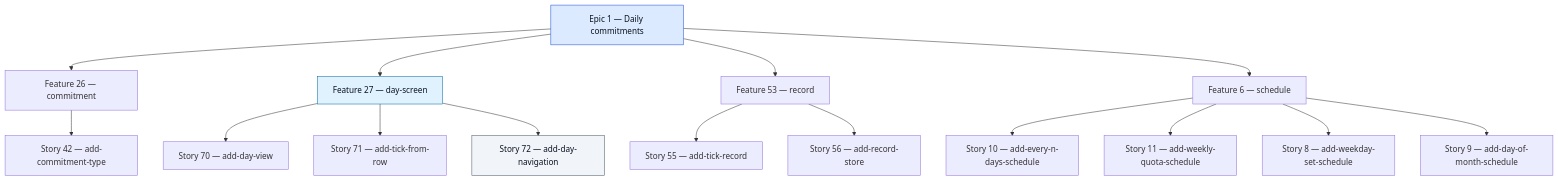
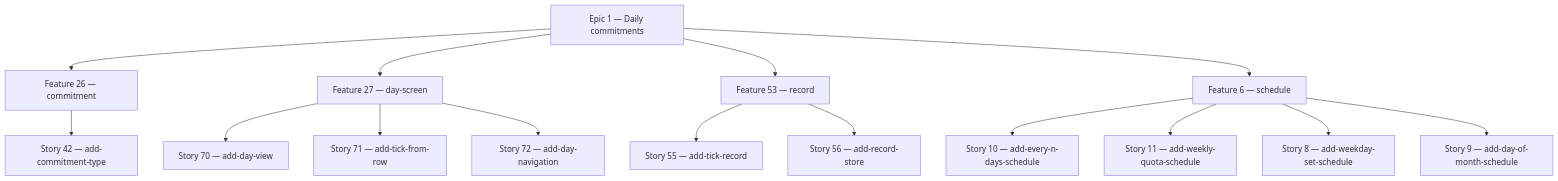
Before and after one commit to dbugmann-labs/daybyday: the diagram in docs/graph.mmd, drawn with Mermaid.

Commit message:
chore: regenerate the issue graph (#87)
Epic 1 and Feature 27 are now closed.

```diff
--- a/docs/graph.mmd
+++ b/docs/graph.mmd
@@ -1,60 +1,60 @@
 %% GENERATED FILE — do not edit. Run `pnpm run graph` to refresh.
 %% A read-only projection of the Epic → Feature → Story hierarchy in GitHub Issues.
 %% GitHub owns this state; this file only shows it (docs/adr/0002-systems-of-record.md).
 %% Green border: closed. Amber border: every child is closed, so this one is ready to close.
 %% Dashed red border: typed but no parent — a broken tracker edge.
 
 flowchart TD
   classDef epic fill:#dbeafe,stroke:#1d4ed8,color:#0b1220
   classDef feature fill:#e0f2fe,stroke:#0369a1,color:#0b1220
   classDef story fill:#f1f5f9,stroke:#475569,color:#0b1220
   classDef done stroke:#15803d,stroke-width:2px
   classDef settled stroke:#b45309,stroke-width:2px
   classDef orphan stroke:#b91c1c,stroke-width:3px,stroke-dasharray:4 3
 
   I1["Epic 1 — Daily commitments"]
   I6["Feature 6 — schedule"]
   I8["Story 8 — add-weekday-set-schedule"]
   I9["Story 9 — add-day-of-month-schedule"]
   I10["Story 10 — add-every-n-days-schedule"]
   I11["Story 11 — add-weekly-quota-schedule"]
   I26["Feature 26 — commitment"]
   I27["Feature 27 — day-screen"]
   I42["Story 42 — add-commitment-type"]
   I53["Feature 53 — record"]
   I55["Story 55 — add-tick-record"]
   I56["Story 56 — add-record-store"]
   I70["Story 70 — add-day-view"]
   I71["Story 71 — add-tick-from-row"]
   I72["Story 72 — add-day-navigation"]
 
   I1 --> I26
   I1 --> I27
   I1 --> I53
   I1 --> I6
   I26 --> I42
   I27 --> I70
   I27 --> I71
   I27 --> I72
   I53 --> I55
   I53 --> I56
   I6 --> I10
   I6 --> I11
   I6 --> I8
   I6 --> I9
 
-  class I1 epic
+  class I1 epic,done
   class I6 feature,done
   class I8 story,done
   class I9 story,done
   class I10 story,done
   class I11 story,done
   class I26 feature,done
-  class I27 feature
+  class I27 feature,done
   class I42 story,done
   class I53 feature,done
   class I55 story,done
   class I56 story,done
   class I70 story,done
   class I71 story,done
-  class I72 story
+  class I72 story,done
```
